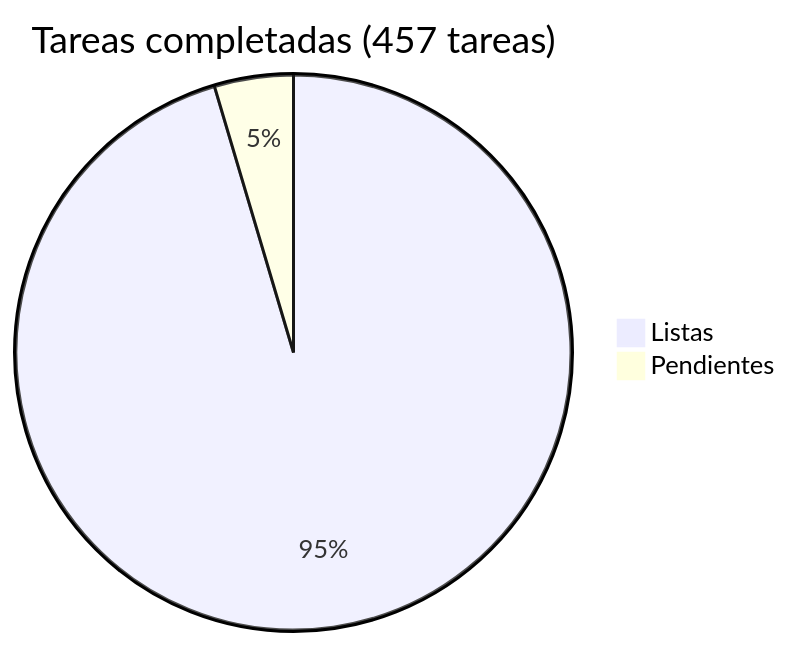
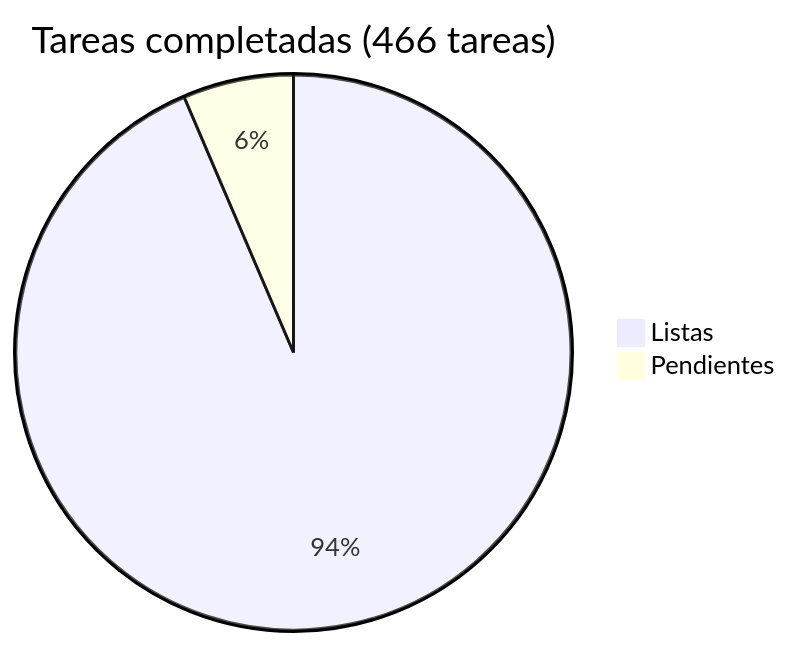
One commit to araguaney-lat/araguaney changed the diagram in docs/roadmap/README.md. Above: the diagram before and after it, drawn with Mermaid. The commit also changed other lines of this file and 1 other file, not shown here.

First line of the commit message:
docs(roadmap): add phase 26, backend support for the native client (#266)

````diff
--- a/docs/roadmap/README.md
+++ b/docs/roadmap/README.md
@@ -5,5 +5,5 @@
 ```mermaid
-pie title Tareas completadas (457 tareas)
+pie title Tareas completadas (466 tareas)
     "Listas" : 436
-    "Pendientes" : 21
+    "Pendientes" : 30
 ```
````
